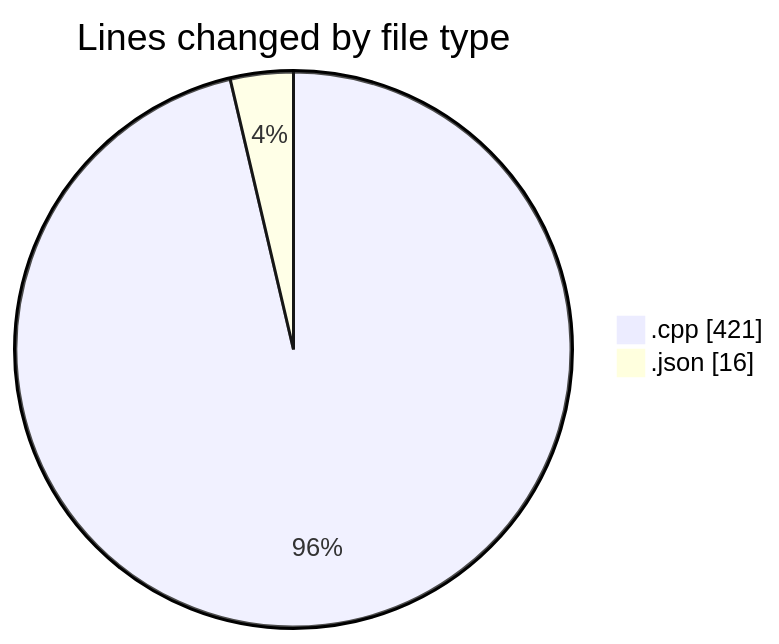
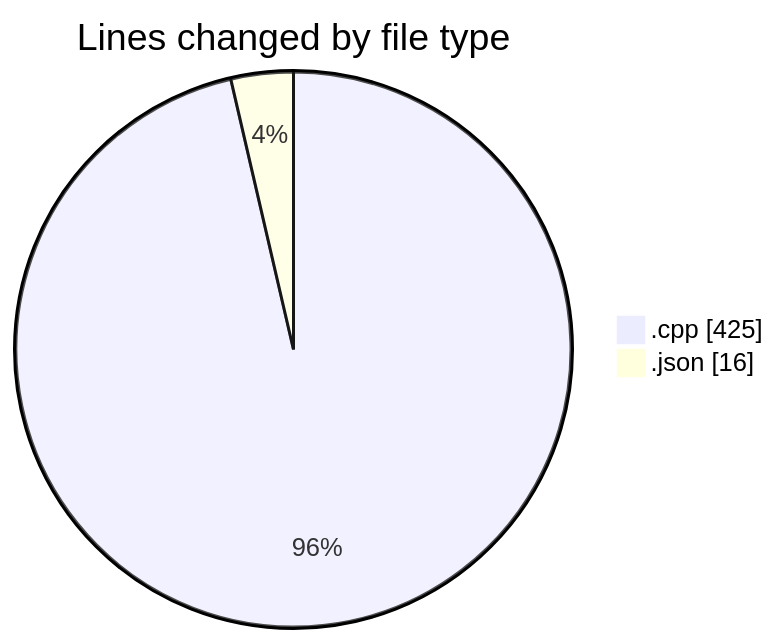
One commit to Netris89/code-tracking changed the first of 2 diagrams in 2025-04-26/echo/README.md. Above: the diagram before and after it, drawn with Mermaid. The commit also changed other lines of this file and 1 other file, not shown here.

````diff
--- a/2025-04-26/echo/README.md
+++ b/2025-04-26/echo/README.md
@@ -22,6 +22,6 @@
 ```mermaid
 pie showData
 title Lines changed by file type
-".cpp" : 421
+".cpp" : 425
 ".json" : 16
 ```
````
